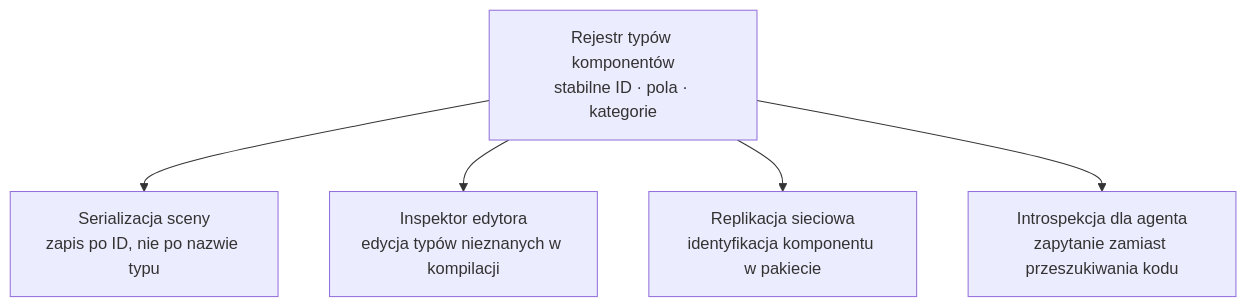
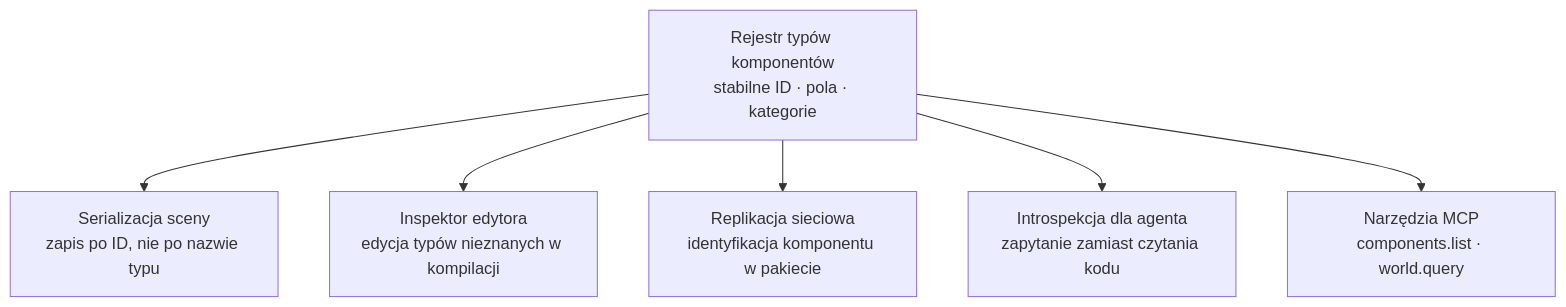
One commit to eXoz00rd/HEngine changed the seventh of 10 diagrams in docs/TARGET_ARCHITECTURE.md. Above: the diagram before and after it, drawn with Mermaid. The commit also changed other lines of this file, not shown here.

First line of the commit message:
Refocus target architecture on the target state

````diff
--- a/docs/TARGET_ARCHITECTURE.md
+++ b/docs/TARGET_ARCHITECTURE.md
@@ -254,9 +368,10 @@
 ```mermaid
 flowchart TD
     REG["Rejestr typów komponentów<br/>stabilne ID · pola · kategorie"]
 
     REG --> S1["Serializacja sceny<br/>zapis po ID, nie po nazwie typu"]
     REG --> S2["Inspektor edytora<br/>edycja typów nieznanych w kompilacji"]
     REG --> S3["Replikacja sieciowa<br/>identyfikacja komponentu w pakiecie"]
-    REG --> S4["Introspekcja dla agenta<br/>zapytanie zamiast przeszukiwania kodu"]
+    REG --> S4["Introspekcja dla agenta<br/>zapytanie zamiast czytania kodu"]
+    REG --> S5["Narzędzia MCP<br/>components.list · world.query"]
 ```
````
